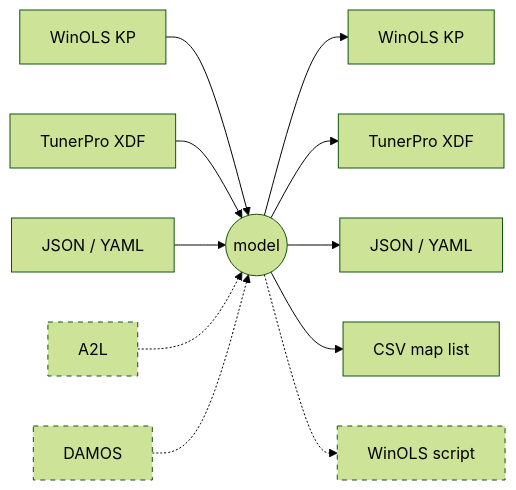
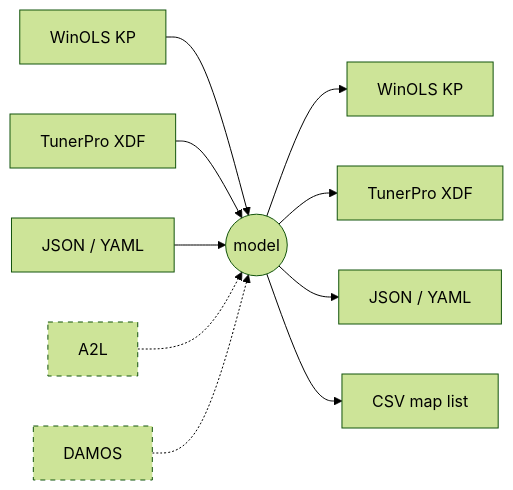
One commit to nyetlabs/xdfkit changed the first of 2 diagrams in DEVELOPER.md. Above: the diagram before and after it, drawn with Mermaid (forest theme). The commit also changed other lines of this file and 8 other files, not shown here.

Commit message:
docs: remove winols scripting from the roadmap

````diff
--- a/DEVELOPER.md
+++ b/DEVELOPER.md
@@ -22,16 +22,15 @@
 ```mermaid
 flowchart LR
   kpin["WinOLS KP"] --> model
   xdfin["TunerPro XDF"] --> model
   jsonin["JSON / YAML"] --> model
   a2l["A2L"] -.-> model
   damos["DAMOS"] -.-> model
   model(("model"))
   model --> kpout["WinOLS KP"]
   model --> xdfout["TunerPro XDF"]
   model --> jsonout["JSON / YAML"]
   model --> csv["CSV map list"]
-  model -.-> script["WinOLS script"]
   classDef planned stroke-dasharray: 5 5
-  class a2l,damos,script planned
+  class a2l,damos planned
 ```
````
